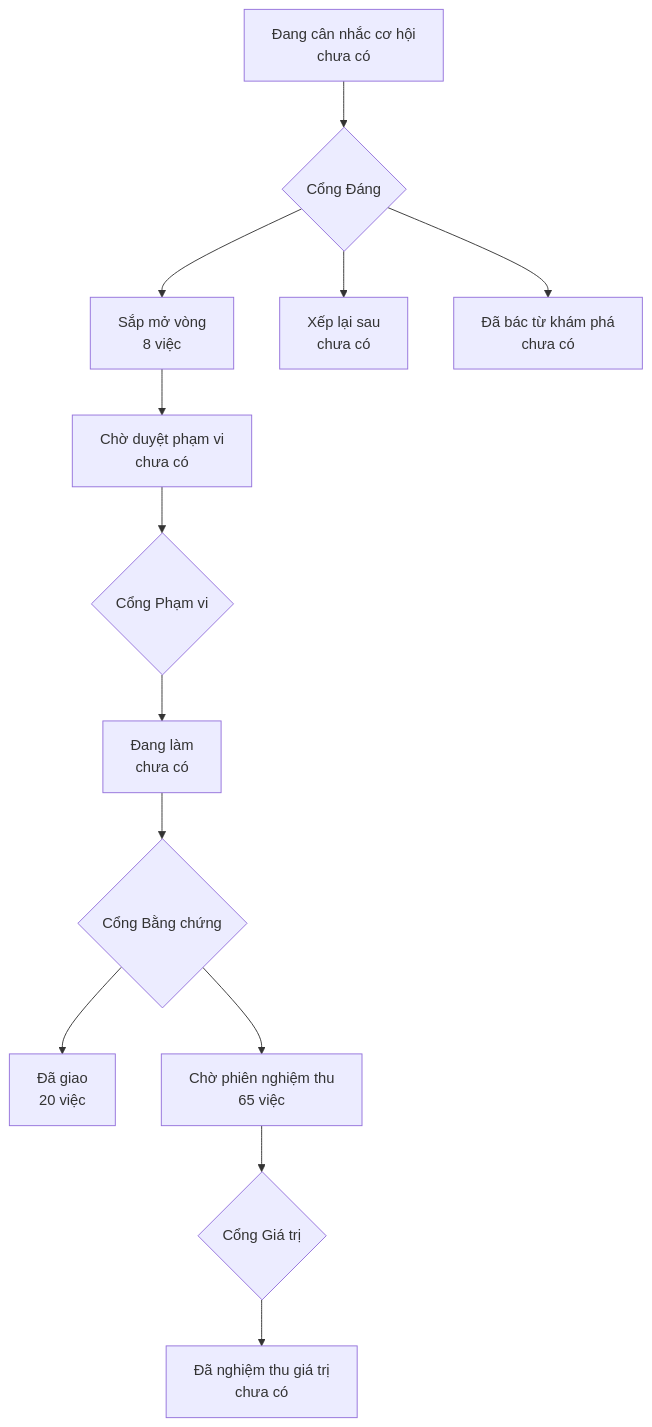
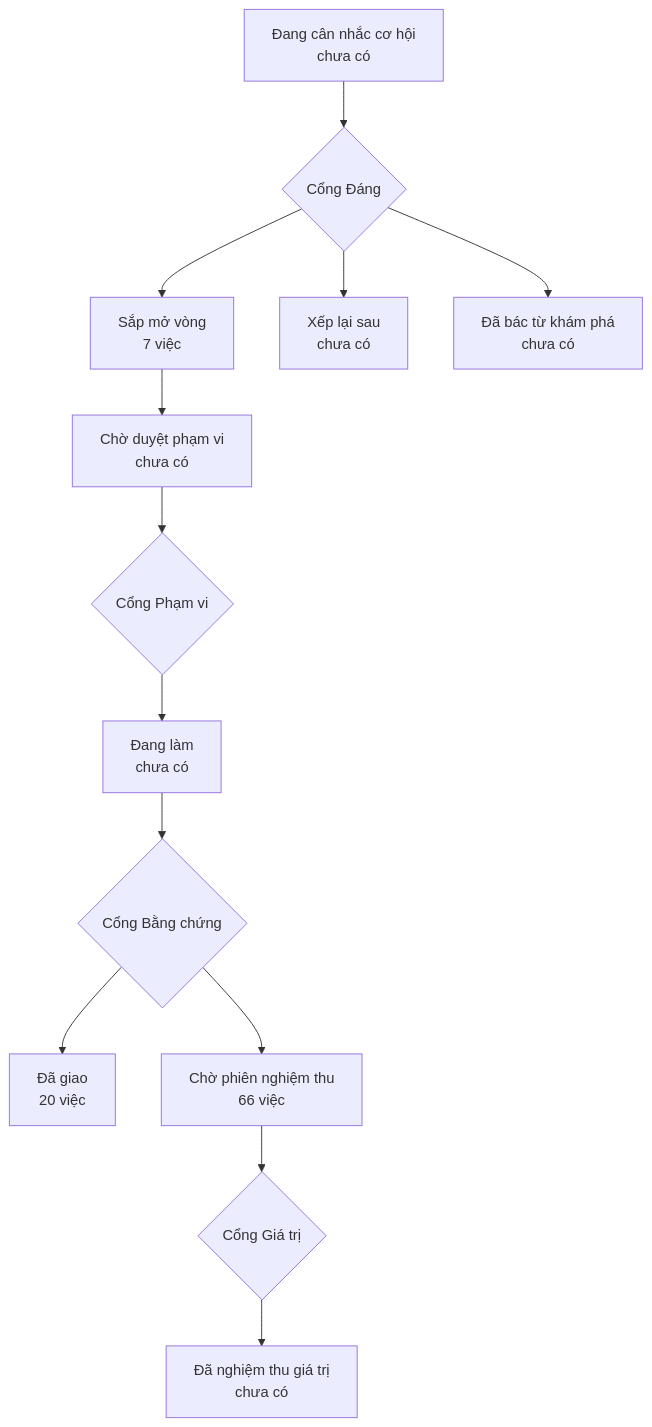
The diagram in PRODUCT-MAP.md (phanlemanh/onehub-quy-hang), drawn with Mermaid before and after one commit. The commit also changed 1 other file, not shown here.

Commit message:
chore: vẽ lại bản đồ sản phẩm và lộ trình sau gộp main

````diff
--- a/PRODUCT-MAP.md
+++ b/PRODUCT-MAP.md
@@ -7,12 +7,12 @@
 ```mermaid
 flowchart TD
   A["Đang cân nhắc cơ hội<br/>chưa có"] --> GD{"Cổng Đáng"}
-  GD --> B["Sắp mở vòng<br/>8 việc"]
+  GD --> B["Sắp mở vòng<br/>7 việc"]
   GD --> XL["Xếp lại sau<br/>chưa có"]
   GD --> DB["Đã bác từ khám phá<br/>chưa có"]
   B --> CD["Chờ duyệt phạm vi<br/>chưa có"] --> GP{"Cổng Phạm vi"}
   GP --> DL["Đang làm<br/>chưa có"] --> GB{"Cổng Bằng chứng"}
   GB --> DG["Đã giao<br/>20 việc"]
-  GB --> CN["Chờ phiên nghiệm thu<br/>65 việc"] --> GG{"Cổng Giá trị"}
+  GB --> CN["Chờ phiên nghiệm thu<br/>66 việc"] --> GG{"Cổng Giá trị"}
   GG --> NT["Đã nghiệm thu giá trị<br/>chưa có"]
 ```
````
